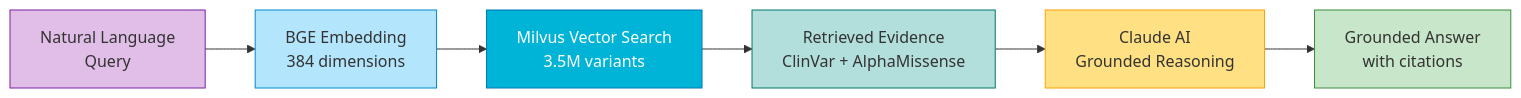
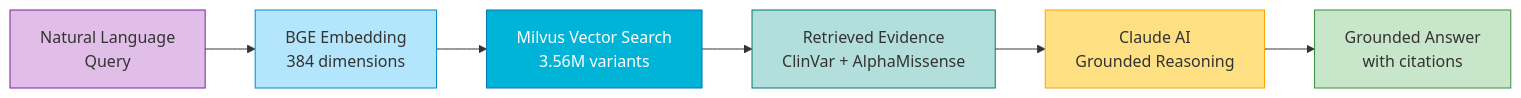
One commit to ajones1923/hcls-ai-factory changed the second of 2 diagrams in docs/stage-2-rag.md. Above: the diagram before and after it, drawn with Mermaid. The commit also changed other lines of this file and 32 other files, not shown here.

````diff
--- a/docs/stage-2-rag.md
+++ b/docs/stage-2-rag.md
@@ -90,18 +90,18 @@
 ```mermaid
 flowchart LR
     Q["Natural Language\nQuery"]
     E["BGE Embedding\n384 dimensions"]
-    M["Milvus Vector Search\n3.5M variants"]
+    M["Milvus Vector Search\n3.56M variants"]
     R["Retrieved Evidence\nClinVar + AlphaMissense"]
     C["Claude AI\nGrounded Reasoning"]
     A["Grounded Answer\nwith citations"]
 
     Q --> E --> M --> R --> C --> A
 
     style Q fill:#E1BEE7,stroke:#7B1FA2
     style E fill:#B3E5FC,stroke:#0288D1
     style M fill:#00B4D8,stroke:#0077B6,color:#fff
     style R fill:#B2DFDB,stroke:#00796B
     style C fill:#FFE082,stroke:#FFA000
     style A fill:#C8E6C9,stroke:#388E3C
 ```
````
